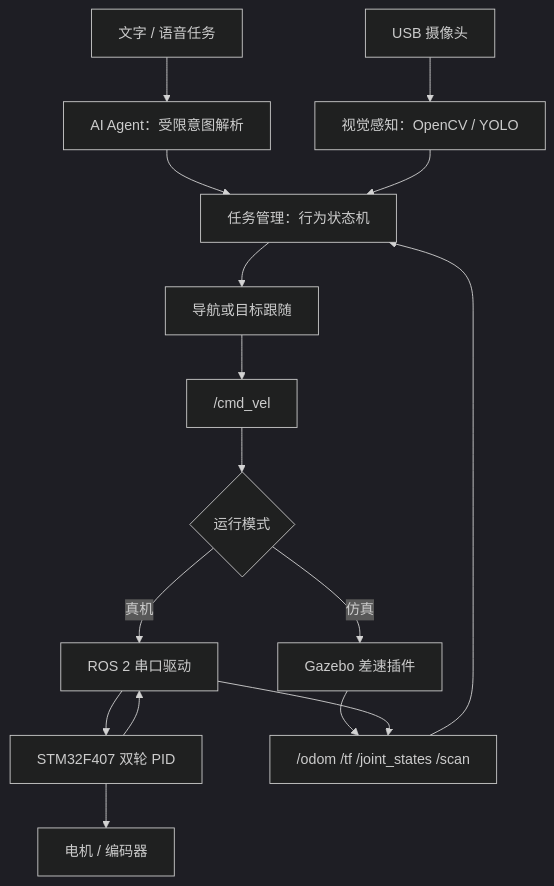
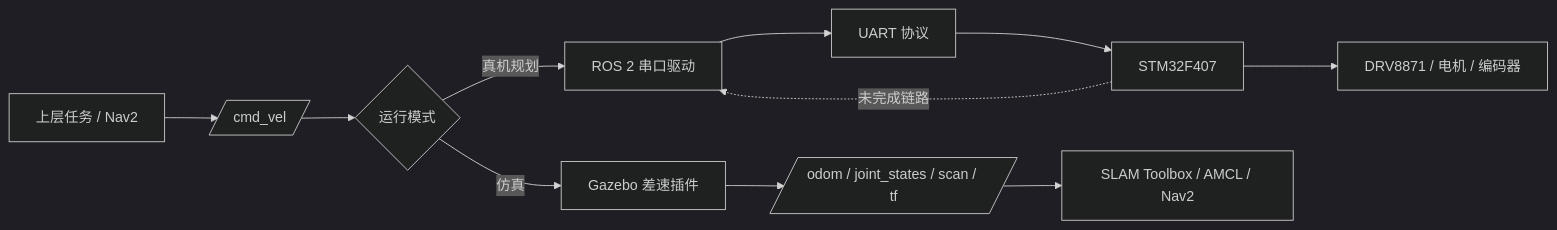
The diagram in README.md (qwerty12399/OpenRobot-One), drawn with Mermaid (dark theme) before and after one commit. The commit also changed other lines of this file and 5 other files, not shown here.

````diff
--- a/README.md
+++ b/README.md
@@ -9,17 +51,13 @@
 ```mermaid
-flowchart TD
-    user["文字 / 语音任务"] --> ai["AI Agent：受限意图解析"]
-    ai --> task["任务管理：行为状态机"]
-    camera["USB 摄像头"] --> vision["视觉感知：OpenCV / YOLO"]
-    vision --> task
-    task --> nav["导航或目标跟随"]
-    nav --> cmd["/cmd_vel"]
-    cmd --> target{"运行模式"}
-    target -->|仿真| gazebo["Gazebo 差速插件"]
-    target -->|真机| driver["ROS 2 串口驱动"]
-    driver --> stm32["STM32F407 双轮 PID"]
-    stm32 --> motor["电机 / 编码器"]
-    gazebo --> feedback["/odom /tf /joint_states /scan"]
-    stm32 --> driver --> feedback
-    feedback --> task
+flowchart LR
+    task[上层任务 / Nav2] --> cmd[/cmd_vel/]
+    cmd --> mode{运行模式}
+    mode -->|仿真| gazebo[Gazebo 差速插件]
+    mode -->|真机规划| driver[ROS 2 串口驱动]
+    driver --> uart[UART 协议]
+    uart --> stm32[STM32F407]
+    stm32 --> motor[DRV8871 / 电机 / 编码器]
+    gazebo --> feedback[/odom / joint_states / scan / tf/]
+    stm32 -. 未完成链路 .-> driver
+    feedback --> slam[SLAM Toolbox / AMCL / Nav2]
 ```
````
